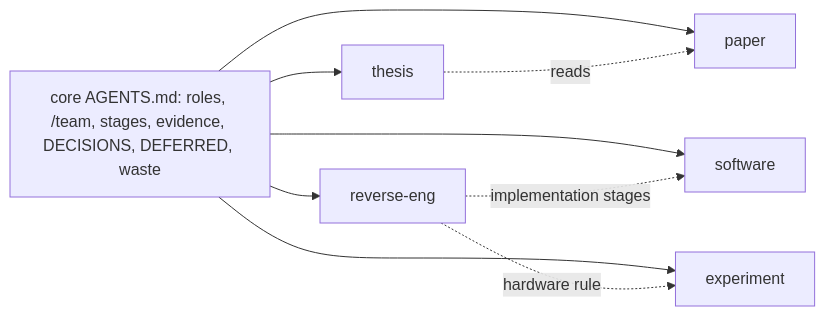
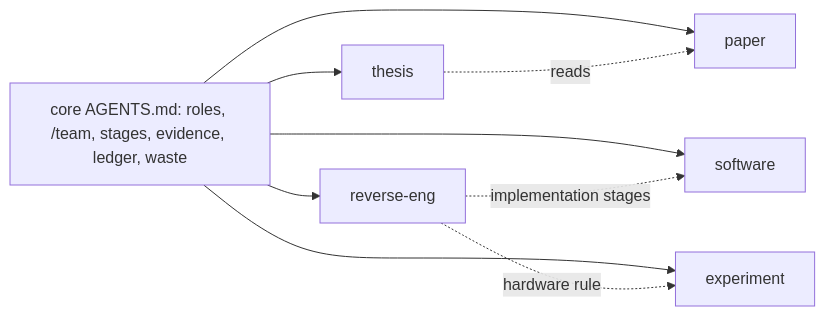
Before and after one commit to xylophoneengine/research-kit: the first of 5 diagrams in README.md, drawn with Mermaid. The commit also changed other lines of this file, not shown here.

Commit message:
README: ledger store

````diff
--- a/README.md
+++ b/README.md
@@ -128,12 +128,12 @@
 ```mermaid
 flowchart LR
-  C["core AGENTS.md: roles, /team, stages, evidence, DECISIONS, DEFERRED, waste"]
+  C["core AGENTS.md: roles, /team, stages, evidence, ledger, waste"]
   C --> P["paper"]
   C --> S["software"]
   C --> R["reverse-eng"]
   C --> E["experiment"]
   C --> T["thesis"]
   R -. "implementation stages" .-> S
   R -. "hardware rule" .-> E
   T -. "reads" .-> P
 ```
````
